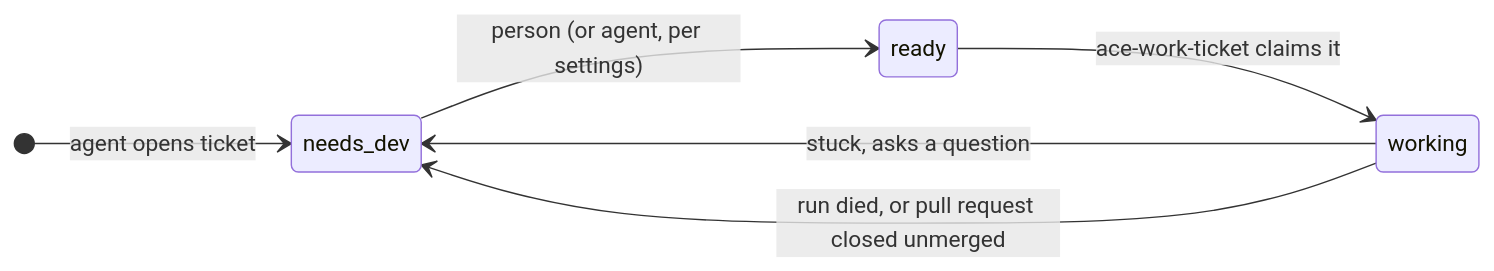
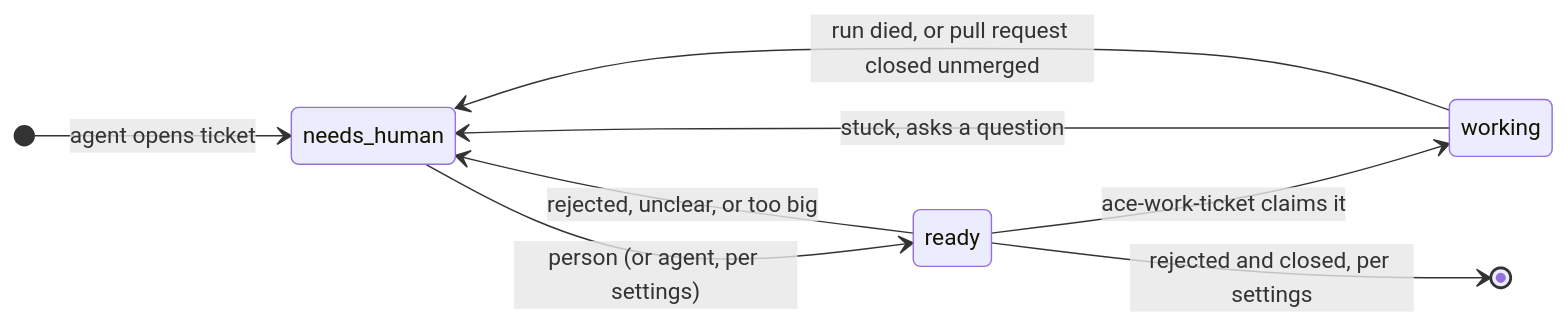
The second of 2 diagrams in README.md (tobimey/ace), drawn with Mermaid before and after one commit. The commit also changed other lines of this file and 79 other files, not shown here.

````diff
--- a/README.md
+++ b/README.md
@@ -180,9 +178,11 @@
 ```mermaid
 stateDiagram-v2
     direction LR
-    [*] --> needs_dev: agent opens ticket
-    needs_dev --> ready: person (or agent, per settings)
+    [*] --> needs_human: agent opens ticket
+    needs_human --> ready: person (or agent, per settings)
     ready --> working: ace-work-ticket claims it
-    working --> needs_dev: stuck, asks a question
-    working --> needs_dev: run died, or pull request closed unmerged
+    ready --> needs_human: rejected, unclear, or too big
+    ready --> [*]: rejected and closed, per settings
+    working --> needs_human: stuck, asks a question
+    working --> needs_human: run died, or pull request closed unmerged
 ```
````
